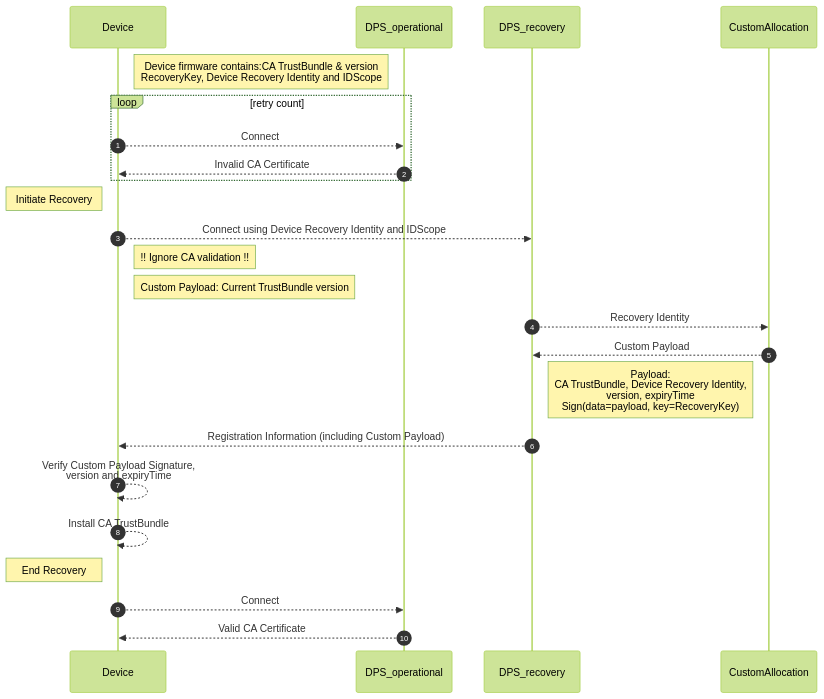
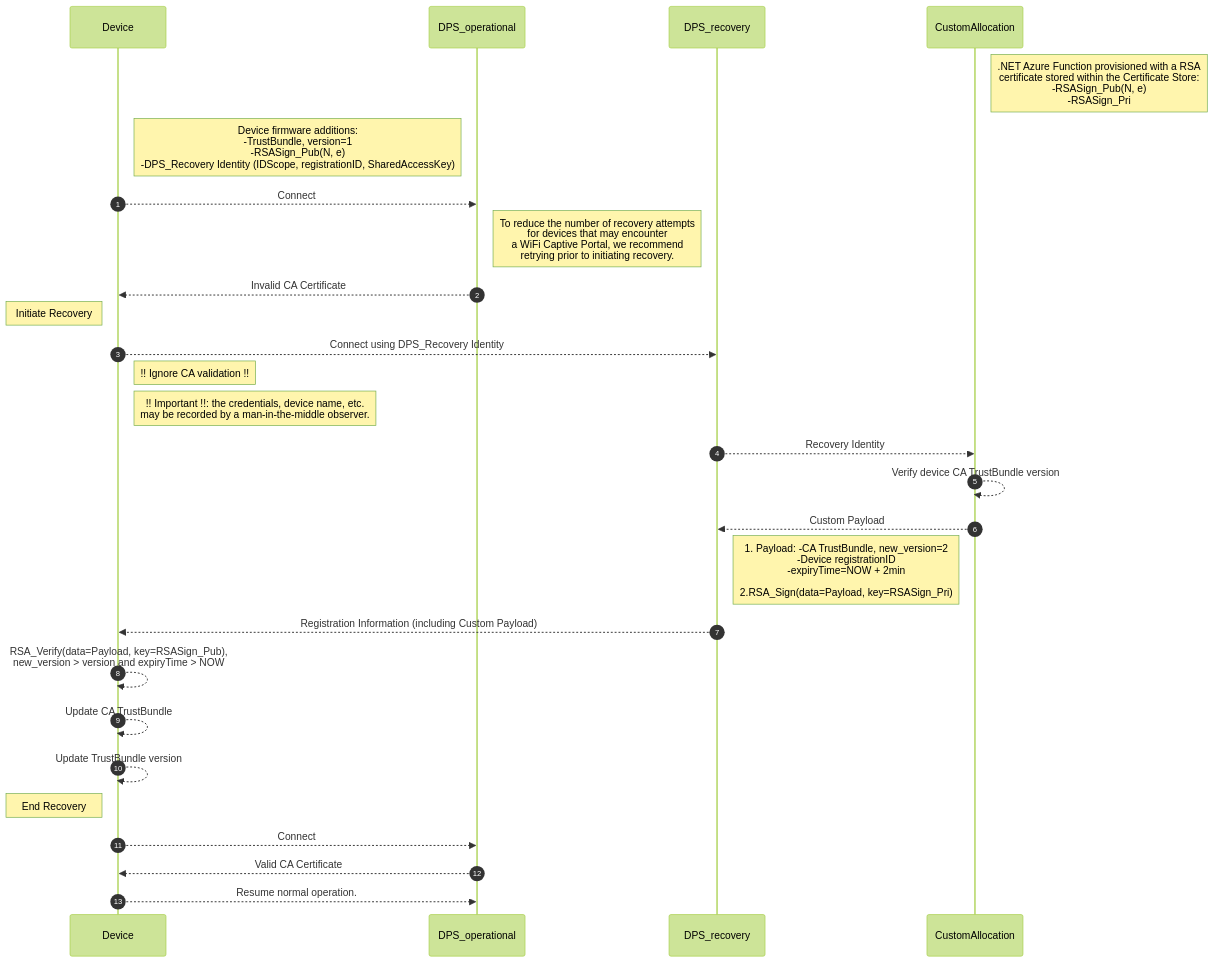
The diagram in demos/projects/ESPRESSIF/az-ca-recovery/README.md (Azure-Samples/iot-middleware-freertos-samples), drawn with Mermaid (forest theme) before and after one commit.

Commit message:
Updating CA-Recovery sequence diagram documentation. (#327)
* Updating CA-Recovery sequence diagram documentation.

* Update demos/projects/ESPRESSIF/az-ca-recovery/README.md

---------

````diff
--- a/demos/projects/ESPRESSIF/az-ca-recovery/README.md
+++ b/demos/projects/ESPRESSIF/az-ca-recovery/README.md
@@ -13,31 +13,36 @@
 ```mermaid
 sequenceDiagram
     autonumber
     participant Device
     participant DPS_operational
     participant DPS_recovery
     participant CustomAllocation
 
-    Note right of Device: Device firmware contains:CA TrustBundle &  version<br>RecoveryKey, Device Recovery Identity and IDScope
+    Note right of CustomAllocation: .NET Azure Function provisioned with a RSA<br> certificate stored within the Certificate Store:<br>-RSASign_Pub(N, e)<br>-RSASign_Pri
 
-    loop retry count
-        Device-->>DPS_operational: Connect
-        DPS_operational-->>Device: Invalid CA Certificate
-    end
+    Note right of Device: Device firmware additions:<br>-TrustBundle,   version=1<br>-RSASign_Pub(N, e)<br>-DPS_Recovery Identity (IDScope, registrationID, SharedAccessKey)
+
+    Device-->>DPS_operational: Connect
+    Note right of DPS_operational: To reduce the number of recovery attempts<br> for devices that may encounter <br>a WiFi Captive Portal, we recommend<br> retrying prior to initiating recovery.
+
+    DPS_operational-->>Device: Invalid CA Certificate
 
     Note left of Device: Initiate Recovery
-    Device-->>DPS_recovery: Connect using Device Recovery Identity and IDScope
+    Device-->>DPS_recovery: Connect using DPS_Recovery Identity
     Note right of Device: !! Ignore CA validation !!
-    Note right of Device: Custom Payload: Current TrustBundle version
+    Note right of Device: !! Important !!: the credentials, device name, etc.<br> may be recorded by a man-in-the-middle observer.
 
 
     DPS_recovery-->>CustomAllocation: Recovery Identity
+    CustomAllocation-->>CustomAllocation: Verify device CA TrustBundle version
     CustomAllocation-->>DPS_recovery: Custom Payload
-    Note left of CustomAllocation: Payload: <br> CA TrustBundle, Device Recovery Identity,<br> version, expiryTime <br> Sign(data=payload, key=RecoveryKey)
+    Note left of CustomAllocation:1. Payload: -CA TrustBundle, new_version=2<br>-Device registrationID<br>-expiryTime=NOW + 2min<br><br>2.RSA_Sign(data=Payload, key=RSASign_Pri)
     DPS_recovery-->>Device: Registration Information (including Custom Payload)
-    Device-->>Device: Verify Custom Payload Signature,<br> version and expiryTime
-    Device-->>Device: Install CA TrustBundle
+    Device-->>Device: RSA_Verify(data=Payload, key=RSASign_Pub),<br> new_version > version and expiryTime > NOW
+    Device-->>Device: Update CA TrustBundle
+    Device-->>Device: Update TrustBundle version
     Note left of Device: End Recovery
     Device-->>DPS_operational: Connect
     DPS_operational-->>Device: Valid CA Certificate
+    Device-->>DPS_operational: Resume normal operation.
 ```
````
